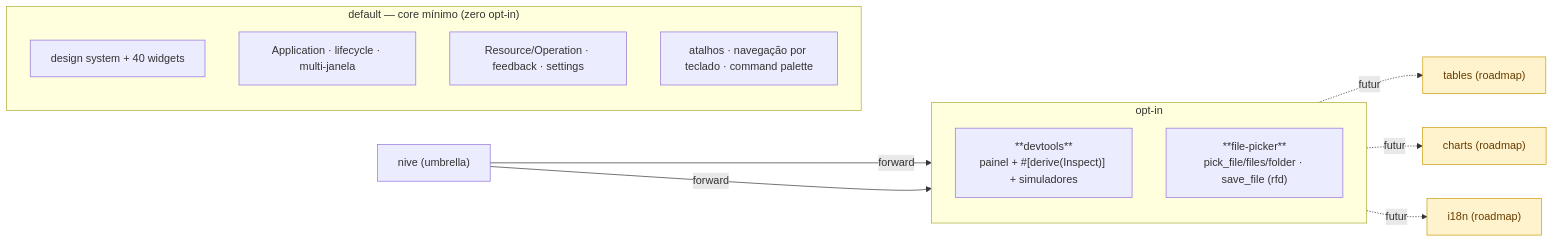
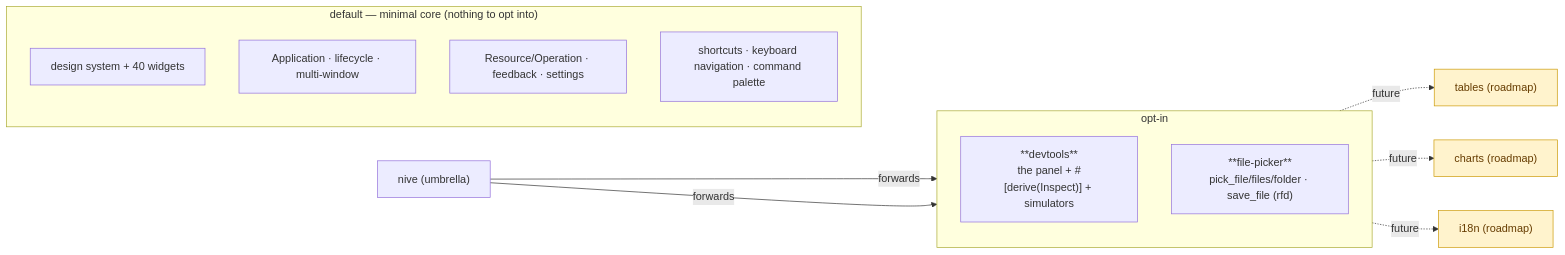
The fourth of 4 diagrams in docs/architecture/api-surface.md (JirlanSouza/nive), drawn with Mermaid before and after one commit. The commit also changed other lines of this file and 15 other files, not shown here.

````diff
--- a/docs/architecture/api-surface.md
+++ b/docs/architecture/api-surface.md
@@ -151,24 +157,24 @@
 ```mermaid
 flowchart LR
-    subgraph core["default — core mínimo (zero opt-in)"]
+    subgraph core["default — minimal core (nothing to opt into)"]
         direction TB
         c1["design system + 40 widgets"]
-        c2["Application · lifecycle · multi-janela"]
+        c2["Application · lifecycle · multi-window"]
         c3["Resource/Operation · feedback · settings"]
-        c4["atalhos · navegação por teclado · command palette"]
+        c4["shortcuts · keyboard navigation · command palette"]
     end
     subgraph opt["opt-in"]
         direction TB
-        f1["**devtools**<br/>painel + #[derive(Inspect)] + simuladores"]
+        f1["**devtools**<br/>the panel + #[derive(Inspect)] + simulators"]
         f2["**file-picker**<br/>pick_file/files/folder · save_file (rfd)"]
     end
 
-    nive["nive (umbrella)"] -->|forward| f1
-    nive -->|forward| f2
+    nive["nive (umbrella)"] -->|forwards| f1
+    nive -->|forwards| f2
 
     classDef todo fill:#fff3cd,stroke:#cc9a06,color:#663c00;
     t1["tables (roadmap)"]:::todo
     t2["charts (roadmap)"]:::todo
     t3["i18n (roadmap)"]:::todo
-    opt -.futuro.-> t1 & t2 & t3
+    opt -.future.-> t1 & t2 & t3
 ```
````
